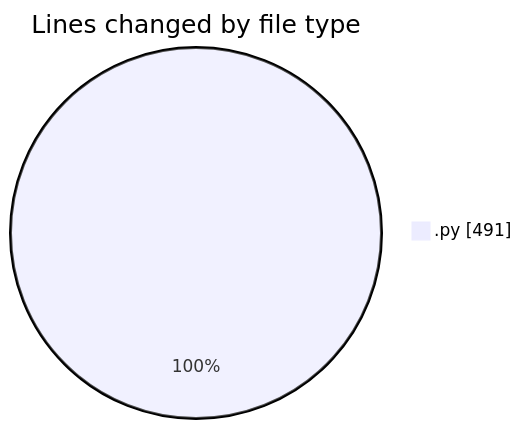
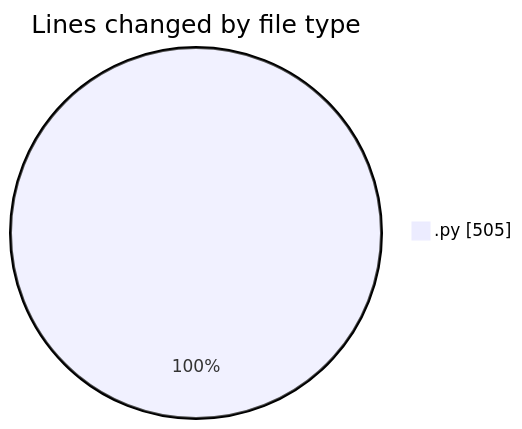
One commit to momahboobian/code-tracking changed the first of 2 diagrams in 2025-03-25/samplepdf/README.md. Above: the diagram before and after it, drawn with Mermaid. The commit also changed other lines of this file and 1 other file, not shown here.

````diff
--- a/2025-03-25/samplepdf/README.md
+++ b/2025-03-25/samplepdf/README.md
@@ -23,5 +23,5 @@
 ```mermaid
 pie showData
 title Lines changed by file type
-".py" : 491
+".py" : 505
 ```
````
